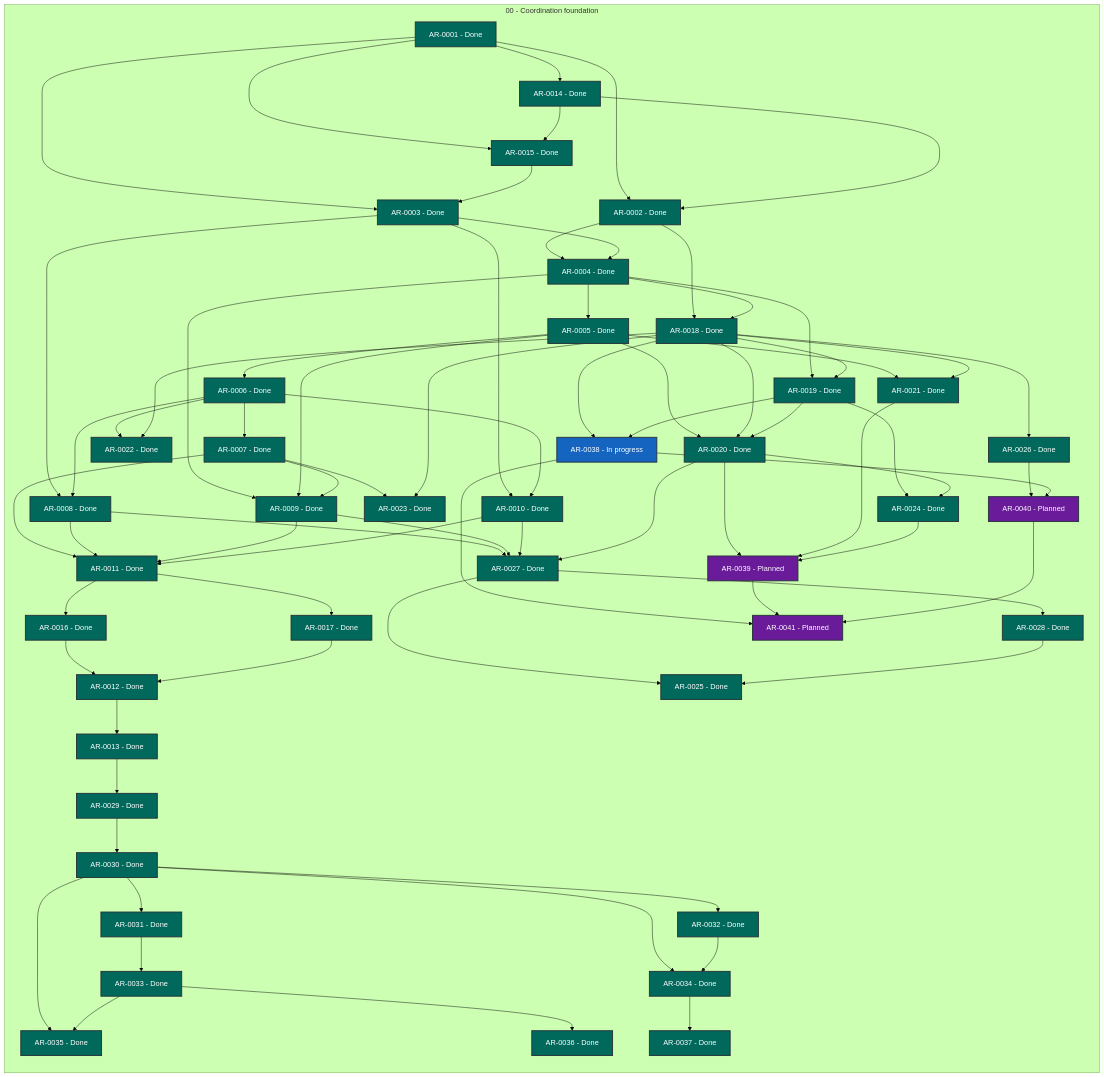
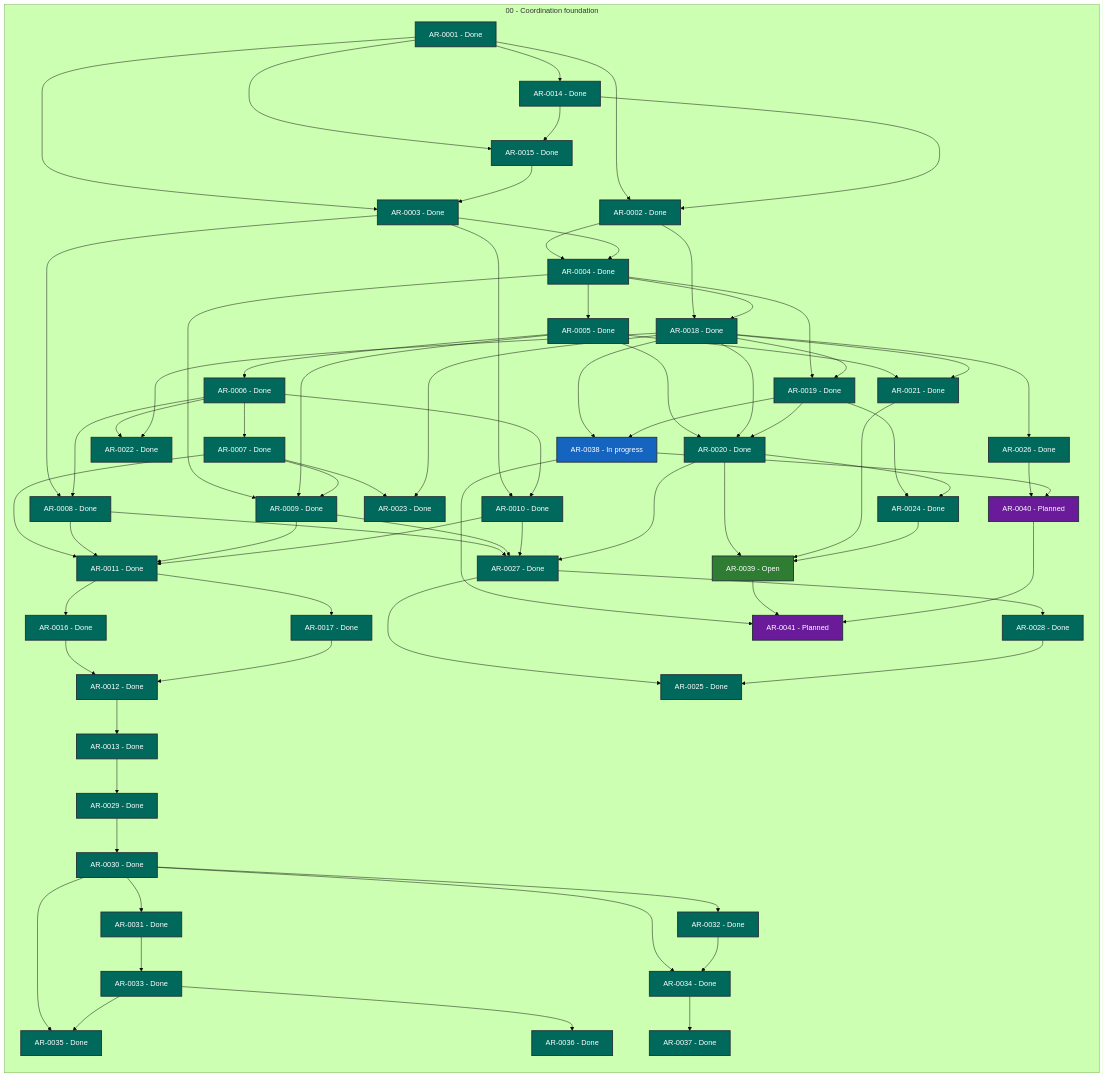
The diagram in STATUS.md (martin-beck/agent-workflow-tui-state), drawn with Mermaid (forest theme) before and after one commit. The commit also changed other lines of this file and 2 other files, not shown here.

```diff
--- a/STATUS.md
+++ b/STATUS.md
@@ -66,7 +66,7 @@
         AR_0036["AR-0036 - Done"]:::status_done
         AR_0037["AR-0037 - Done"]:::status_done
         AR_0038["AR-0038 - In progress"]:::status_in_progress
-        AR_0039["AR-0039 - Planned"]:::status_planned
+        AR_0039["AR-0039 - Open"]:::status_open
         AR_0040["AR-0040 - Planned"]:::status_planned
         AR_0041["AR-0041 - Planned"]:::status_planned
     end
```
